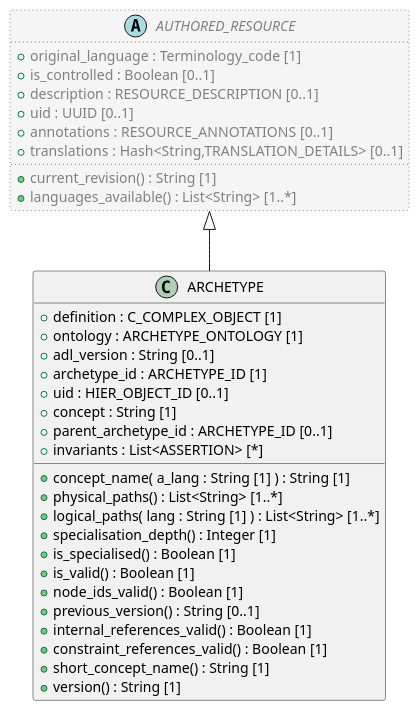
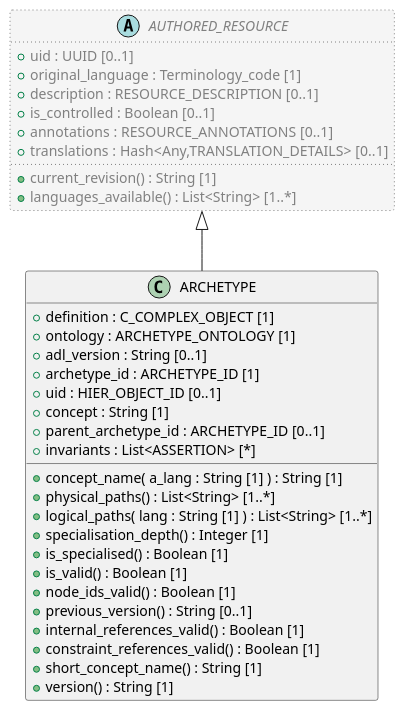
Before and after one commit to sebastian-iancu/code-generator: the diagram in code/Adoc/openehr_am_1.4.0/plantUML/classes/org.openehr.am.aom14.archetype.adoc, drawn with PlantUML. The commit also changed 719 other files, not shown here.

```diff
--- a/code/Adoc/openehr_am_1.4.0/plantUML/classes/org.openehr.am.aom14.archetype.adoc
+++ b/code/Adoc/openehr_am_1.4.0/plantUML/classes/org.openehr.am.aom14.archetype.adoc
@@ -1,43 +1,43 @@
 [plantuml,ARCHETYPE,format=svg,svg-type="inline"]
 -----
 @startuml
 
 class ARCHETYPE {
   + definition : C_COMPLEX_OBJECT [1]
   + ontology : ARCHETYPE_ONTOLOGY [1]
   + adl_version : String [0..1]
   + archetype_id : ARCHETYPE_ID [1]
   + uid : HIER_OBJECT_ID [0..1]
   + concept : String [1]
   + parent_archetype_id : ARCHETYPE_ID [0..1]
   + invariants : List<ASSERTION> [*]
   + concept_name( a_lang : String [1] ) : String [1]
   + physical_paths() : List<String> [1..*]
   + logical_paths( lang : String [1] ) : List<String> [1..*]
   + specialisation_depth() : Integer [1]
   + is_specialised() : Boolean [1]
   + is_valid() : Boolean [1]
   + node_ids_valid() : Boolean [1]
   + previous_version() : String [0..1]
   + internal_references_valid() : Boolean [1]
   + constraint_references_valid() : Boolean [1]
   + short_concept_name() : String [1]
   + version() : String [1]
 }
 
 abstract class AUTHORED_RESOURCE  #whitesmoke;line:gray;line.dotted;text:gray {
+  + uid : UUID [0..1]
   + original_language : Terminology_code [1]
+  + description : RESOURCE_DESCRIPTION [0..1]
   + is_controlled : Boolean [0..1]
-  + description : RESOURCE_DESCRIPTION [0..1]
-  + uid : UUID [0..1]
   + annotations : RESOURCE_ANNOTATIONS [0..1]
-  + translations : Hash<String,TRANSLATION_DETAILS> [0..1]
+  + translations : Hash<Any,TRANSLATION_DETAILS> [0..1]
   + current_revision() : String [1]
   + languages_available() : List<String> [1..*]
 }
 
 AUTHORED_RESOURCE <|-- ARCHETYPE
 
 
 @enduml
 -----
```
